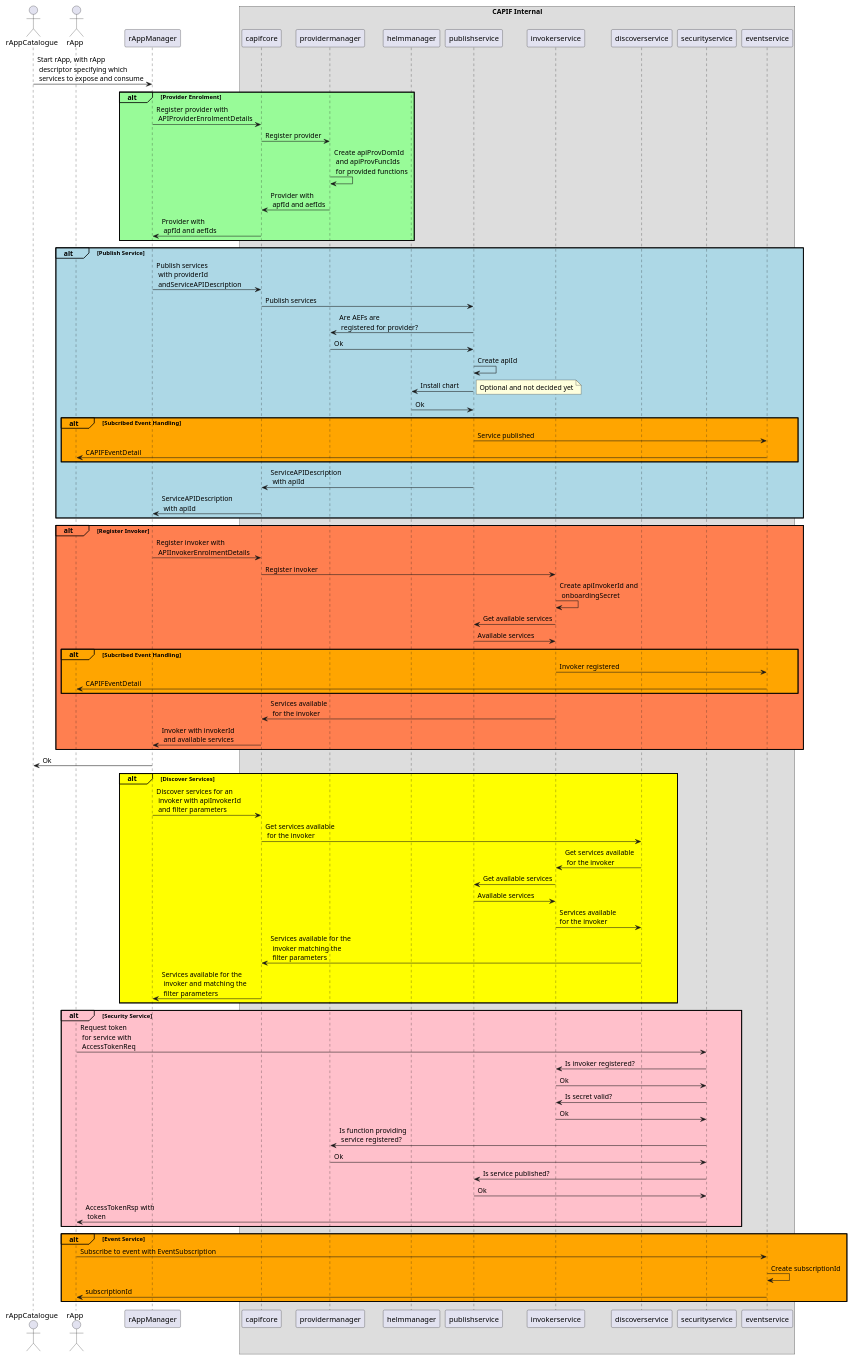
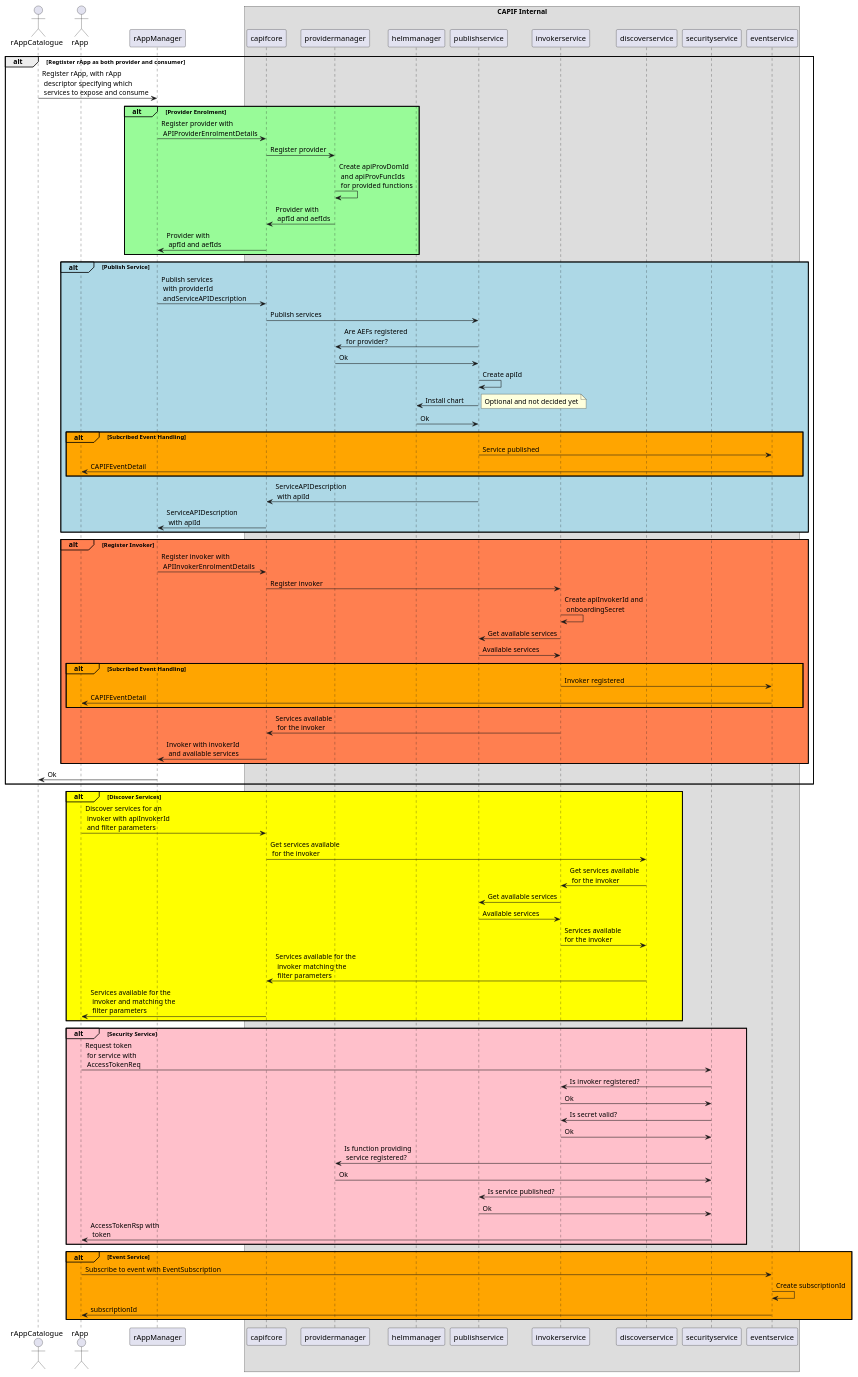
The diagram in capifcore/docs/diagrams/registerpoviderandpublishservice.plantuml (o-ran-sc/nonrtric-plt-sme), drawn with PlantUML before and after one commit. The commit also changed 6 other files, not shown here.

First line of the commit message:
Add the rest of the apis to the diagrams

```diff
--- a/capifcore/docs/diagrams/registerpoviderandpublishservice.plantuml
+++ b/capifcore/docs/diagrams/registerpoviderandpublishservice.plantuml
@@ -1,84 +1,85 @@
 @startuml Register Provider
 actor rAppCatalogue
 actor rApp
 participant rAppManager
 box "CAPIF Internal"
 participant capifcore
 participant providermanager
 participant helmmanager
 participant publishservice
 participant invokerservice
 participant discoverservice
 participant securityservice
 participant eventservice
 end box
 
-rAppCatalogue->rAppManager: Start rApp, with rApp\n descriptor specifying which\n services to expose and consume
-alt#paleGreen #paleGreen Provider Enrolment
-    rAppManager->capifcore: Register provider with\n APIProviderEnrolmentDetails
-    capifcore->providermanager:Register provider
-    providermanager->providermanager: Create apiProvDomId\n and apiProvFuncIds\n for provided functions
-    providermanager->capifcore: Provider with\n apfId and aefIds
-    capifcore->rAppManager: Provider with\n apfId and aefIds
+alt Regtister rApp as both provider and consumer
+    rAppCatalogue->rAppManager: Register rApp, with rApp\n descriptor specifying which\n services to expose and consume
+    alt#paleGreen #paleGreen Provider Enrolment
+        rAppManager->capifcore: Register provider with\n APIProviderEnrolmentDetails
+        capifcore->providermanager:Register provider
+        providermanager->providermanager: Create apiProvDomId\n and apiProvFuncIds\n for provided functions
+        providermanager->capifcore: Provider with\n apfId and aefIds
+        capifcore->rAppManager: Provider with\n apfId and aefIds
+    end
+    alt#LightBlue #LightBlue Publish Service
+        rAppManager->capifcore: Publish services\n with providerId\n andServiceAPIDescription
+        capifcore->publishservice: Publish services
+        publishservice->providermanager: Are AEFs registered\n for provider?
+        providermanager->publishservice: Ok
+        publishservice->publishservice: Create apiId
+        publishservice->helmmanager: Install chart
+        note right: Optional and not decided yet
+        helmmanager->publishservice: Ok
+        alt#Orange #Orange Subcribed Event Handling
+            publishservice->eventservice: Service published
+            eventservice->rApp: CAPIFEventDetail
+        end
+        publishservice->capifcore: ServiceAPIDescription\n with apiId
+        capifcore->rAppManager: ServiceAPIDescription\n with apiId
+    end
+    alt#coral #coral Register Invoker
+        rAppManager->capifcore: Register invoker with\n APIInvokerEnrolmentDetails
+        capifcore->invokerservice: Register invoker
+        invokerservice->invokerservice: Create apiInvokerId and\n onboardingSecret
+        invokerservice->publishservice: Get available services
+        publishservice->invokerservice: Available services
+        alt#Orange #Orange Subcribed Event Handling
+            invokerservice->eventservice: Invoker registered
+            eventservice->rApp: CAPIFEventDetail
+        end
+        invokerservice->capifcore: Services available\n for the invoker
+        capifcore->rAppManager: Invoker with invokerId\n and available services
+    end
+    rAppManager->rAppCatalogue: Ok
 end
-alt#LightBlue #LightBlue Publish Service
-    rAppManager->capifcore: Publish services\n with providerId\n andServiceAPIDescription
-    capifcore->publishservice: Publish services
-    publishservice->providermanager: Are AEFs are\n registered for provider?
-    providermanager->publishservice: Ok
-    publishservice->publishservice: Create apiId
-    publishservice->helmmanager: Install chart
-    note right: Optional and not decided yet
-    helmmanager->publishservice: Ok
-    alt#Orange #Orange Subcribed Event Handling
-        publishservice->eventservice: Service published
-        eventservice->rApp: CAPIFEventDetail
-    end
-    publishservice->capifcore: ServiceAPIDescription\n with apiId
-    capifcore->rAppManager: ServiceAPIDescription\n with apiId
-end
-alt#coral #coral Register Invoker
-    rAppManager->capifcore: Register invoker with\n APIInvokerEnrolmentDetails
-    capifcore->invokerservice: Register invoker
-    invokerservice->invokerservice: Create apiInvokerId and\n onboardingSecret
-    invokerservice->publishservice: Get available services
-    publishservice->invokerservice: Available services
-    alt#Orange #Orange Subcribed Event Handling
-        invokerservice->eventservice: Invoker registered
-        eventservice->rApp: CAPIFEventDetail
-    end
-    invokerservice->capifcore: Services available\n for the invoker
-    capifcore->rAppManager: Invoker with invokerId\n and available services
-end
-rAppManager->rAppCatalogue: Ok
-
 alt#Yellow #Yellow Discover Services
-    rAppManager->capifcore: Discover services for an\n invoker with apiInvokerId\n and filter parameters
+    rApp->capifcore: Discover services for an\n invoker with apiInvokerId\n and filter parameters
     capifcore->discoverservice: Get services available\n for the invoker
     discoverservice->invokerservice: Get services available\n for the invoker
     invokerservice->publishservice: Get available services
     publishservice->invokerservice: Available services
     invokerservice->discoverservice: Services available \nfor the invoker
     discoverservice->capifcore: Services available for the\n invoker matching the\n filter parameters
-    capifcore->rAppManager: Services available for the\n invoker and matching the\n filter parameters
+    capifcore->rApp: Services available for the\n invoker and matching the\n filter parameters
 end
 
 alt#Pink #Pink Security Service
     rApp->securityservice: Request token\n for service with\n AccessTokenReq
     securityservice->invokerservice: Is invoker registered?
     invokerservice->securityservice: Ok
     securityservice->invokerservice: Is secret valid?
     invokerservice->securityservice: Ok
     securityservice->providermanager: Is function providing\n service registered?
     providermanager->securityservice: Ok
     securityservice->publishservice: Is service published?
     publishservice->securityservice: Ok
     securityservice->rApp: AccessTokenRsp with\n token
 end
 
 alt#Orange #Orange Event Service
     rApp->eventservice: Subscribe to event with EventSubscription
     eventservice->eventservice: Create subscriptionId
     eventservice->rApp: subscriptionId
 end
 @enduml
```
